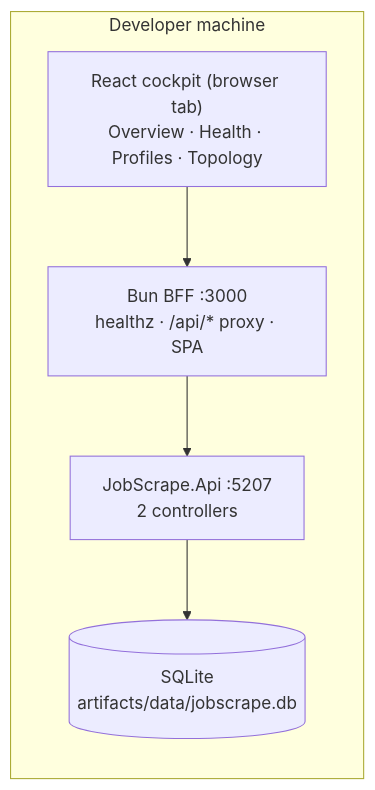
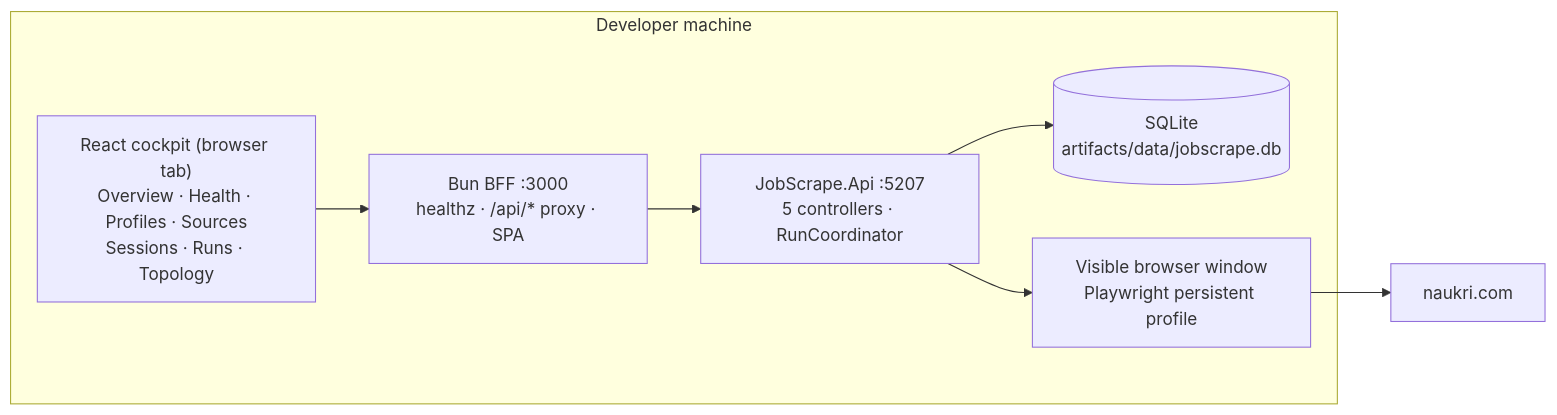
Diagram 11 of 11 in docs/02-architecture.md (AslamNazeerShaikh/PlaywrightDotNet), drawn with Mermaid before and after one commit. The commit also changed other lines of this file and 82 other files, not shown here.

First line of the commit message:
feat(runs): scrape Naukri live from the cockpit with background runs

````diff
--- a/docs/02-architecture.md
+++ b/docs/02-architecture.md
@@ -842,12 +912,15 @@
 ```mermaid
 flowchart LR
     subgraph Desk["Developer machine"]
         BFF["Bun BFF :3000<br/>healthz · /api/* proxy · SPA"]
-        API["JobScrape.Api :5207<br/>2 controllers"]
+        API["JobScrape.Api :5207<br/>5 controllers · RunCoordinator"]
         DB[("SQLite<br/>artifacts/data/jobscrape.db")]
-        UI["React cockpit (browser tab)<br/>Overview · Health · Profiles · Topology"]
+        UI["React cockpit (browser tab)<br/>Overview · Health · Profiles · Sources<br/>Sessions · Runs · Topology"]
+        BRW["Visible browser window<br/>Playwright persistent profile"]
     end
     UI --> BFF
     BFF --> API
     API --> DB
+    API --> BRW
+    BRW --> NK["naukri.com"]
 ```
````
